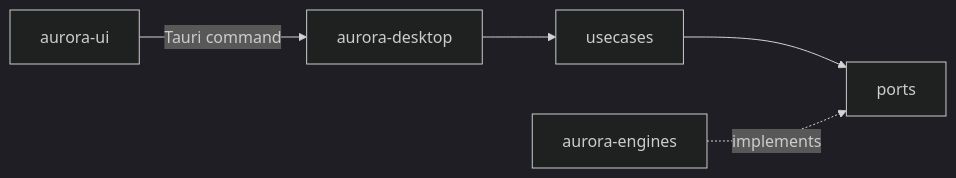
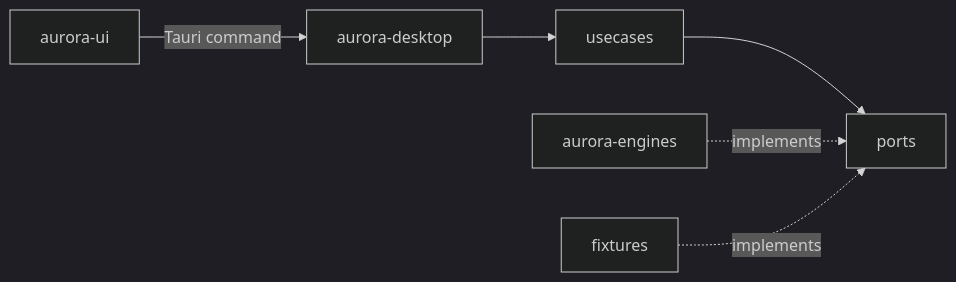
One commit to Levix-Digital/aurora-dev-suite changed the diagram in docs/architecture/core.md. Above: the diagram before and after it, drawn with Mermaid (dark theme). The commit also changed other lines of this file and 11 other files, not shown here.

First line of the commit message:
docs: architecture pages, README and plan progress for the foundations

````diff
--- a/docs/architecture/core.md
+++ b/docs/architecture/core.md
@@ -27,7 +33,8 @@
 ```mermaid
 flowchart LR
     UI[aurora-ui] -->|Tauri command| D[aurora-desktop]
     D --> U[usecases]
     U --> P[ports]
     E[aurora-engines] -. implements .-> P
+    F[fixtures] -. implements .-> P
 ```
````
